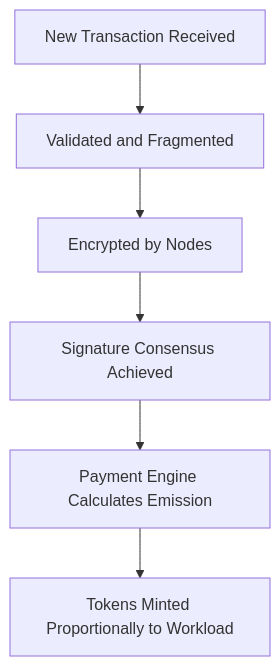
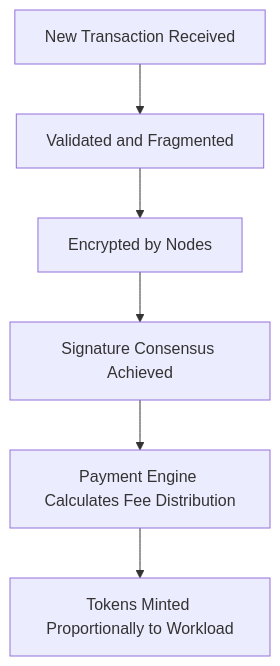
Before and after one commit to Aros-Technology-Studio/AST-Aros-Financial-Paradigm: the diagram in 03_token_management_layer/token_issuance_protocol.md, drawn with Mermaid. The commit also changed other lines of this file and 69 other files, not shown here.

````diff
--- a/03_token_management_layer/token_issuance_protocol.md
+++ b/03_token_management_layer/token_issuance_protocol.md
@@ -31,8 +31,8 @@
 ```mermaid
 flowchart TD
     A[New Transaction Received] --> B[Validated and Fragmented]
     B --> C[Encrypted by Nodes]
     C --> D[Signature Consensus Achieved]
-    D --> E[Payment Engine Calculates Emission]
+    D --> E[Payment Engine Calculates Fee Distribution]
     E --> F[Tokens Minted Proportionally to Workload]
 ```
````
